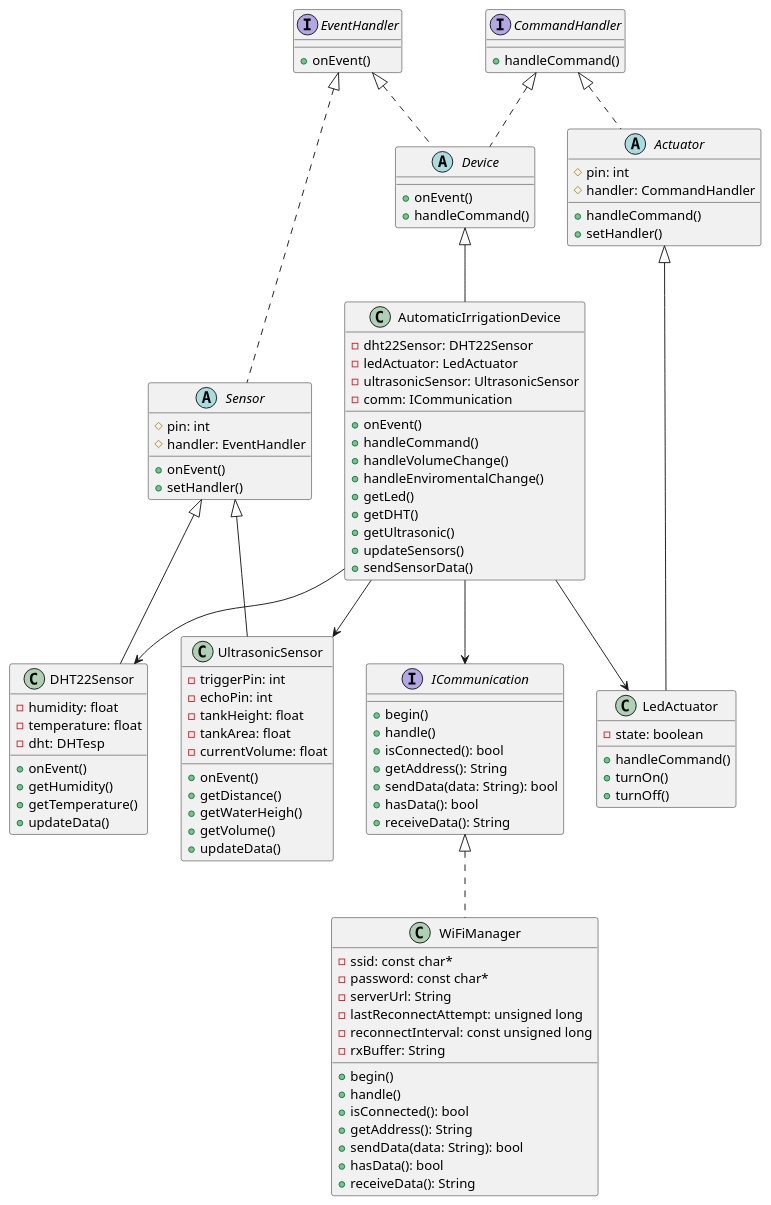
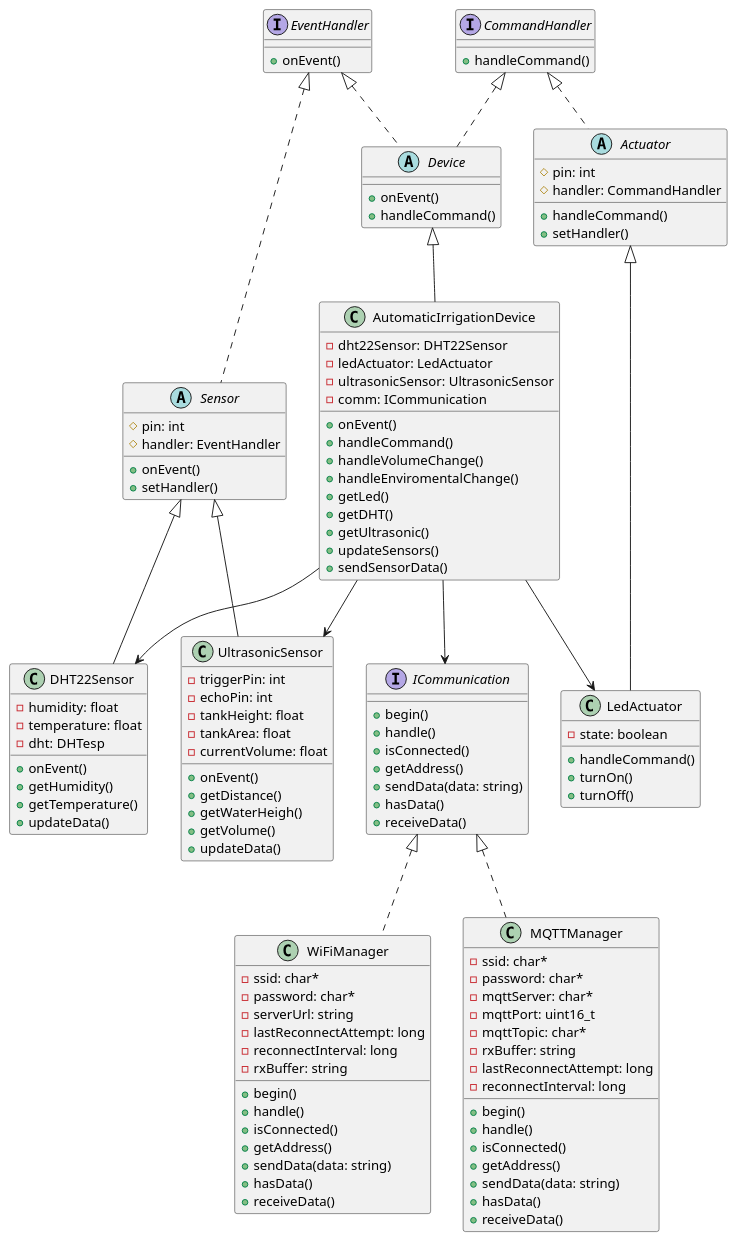
One commit to iot-solutions64/wokwi changed the diagram in docs/class-diagram.puml. Above: the diagram before and after it, drawn with PlantUML. The commit also changed 1 other file, not shown here.

Commit message:
docs: add mqtt manager to class diagram

```diff
--- a/docs/class-diagram.puml
+++ b/docs/class-diagram.puml
@@ -1,124 +1,143 @@
 @startuml Diagrama de clases de HydroSmart
 
 ' Interfaces
 interface EventHandler {
     + onEvent()
 }
 
 interface CommandHandler {
     + handleCommand()
 }
 
 interface ICommunication {
     + begin()
     + handle()
-    + isConnected(): bool
-    + getAddress(): String
-    + sendData(data: String): bool
-    + hasData(): bool
-    + receiveData(): String
+    + isConnected()
+    + getAddress()
+    + sendData(data: string)
+    + hasData()
+    + receiveData()
 }
 
 ' Clases abstractas
 abstract class Sensor {
     # pin: int
     # handler: EventHandler
     + onEvent()
     + setHandler()
 }
 
 abstract class Actuator {
     # pin: int
     # handler: CommandHandler
     + handleCommand()
     + setHandler()
 }
 
 abstract class Device {
     + onEvent()
     + handleCommand()
 }
 
 ' Clases concretas
 class DHT22Sensor {
     - humidity: float
     - temperature: float
     - dht: DHTesp
     + onEvent()
     + getHumidity()
     + getTemperature()
     + updateData()
 }
 
 class UltrasonicSensor {
     - triggerPin: int
     - echoPin: int
     - tankHeight: float
     - tankArea: float
     - currentVolume: float
     + onEvent()
     + getDistance()
     + getWaterHeigh()
     + getVolume()
     + updateData()
 }
 
 class LedActuator {
     - state: boolean
     + handleCommand()
     + turnOn()
     + turnOff()
 }
 
 class AutomaticIrrigationDevice {
     - dht22Sensor: DHT22Sensor
     - ledActuator: LedActuator
     - ultrasonicSensor: UltrasonicSensor
     - comm: ICommunication
     + onEvent()
     + handleCommand()
     + handleVolumeChange()
     + handleEnviromentalChange()
     + getLed()
     + getDHT()
     + getUltrasonic()
     + updateSensors()
     + sendSensorData()
 }
 
 class WiFiManager {
-    - ssid: const char*
-    - password: const char*
-    - serverUrl: String
-    - lastReconnectAttempt: unsigned long
-    - reconnectInterval: const unsigned long
-    - rxBuffer: String
+    - ssid: char*
+    - password: char*
+    - serverUrl: string
+    - lastReconnectAttempt: long
+    - reconnectInterval: long
+    - rxBuffer: string
     + begin()
     + handle()
-    + isConnected(): bool
-    + getAddress(): String
-    + sendData(data: String): bool
-    + hasData(): bool
-    + receiveData(): String
+    + isConnected()
+    + getAddress()
+    + sendData(data: string)
+    + hasData()
+    + receiveData()
+}
+
+class MQTTManager {
+    - ssid: char*
+    - password: char*
+    - mqttServer: char*
+    - mqttPort: uint16_t
+    - mqttTopic: char*
+    - rxBuffer: string
+    - lastReconnectAttempt: long
+    - reconnectInterval: long
+    + begin()
+    + handle()
+    + isConnected()
+    + getAddress()
+    + sendData(data: string)
+    + hasData()
+    + receiveData()
 }
 
 ' Relaciones de implementación de interfaces
 EventHandler <|.. Sensor
 CommandHandler <|.. Actuator
 EventHandler <|.. Device
 CommandHandler <|.. Device
+ICommunication <|.. MQTTManager
 ICommunication <|.. WiFiManager
 
 ' Relaciones de herencia
 Sensor <|-- DHT22Sensor
 Sensor <|-- UltrasonicSensor
 Actuator <|-- LedActuator
 Device <|-- AutomaticIrrigationDevice
 
 ' Relaciones de composición/agregación (dependencia)
 AutomaticIrrigationDevice --> DHT22Sensor
 AutomaticIrrigationDevice --> UltrasonicSensor
 AutomaticIrrigationDevice --> LedActuator
 AutomaticIrrigationDevice --> ICommunication
 
 @enduml
```
